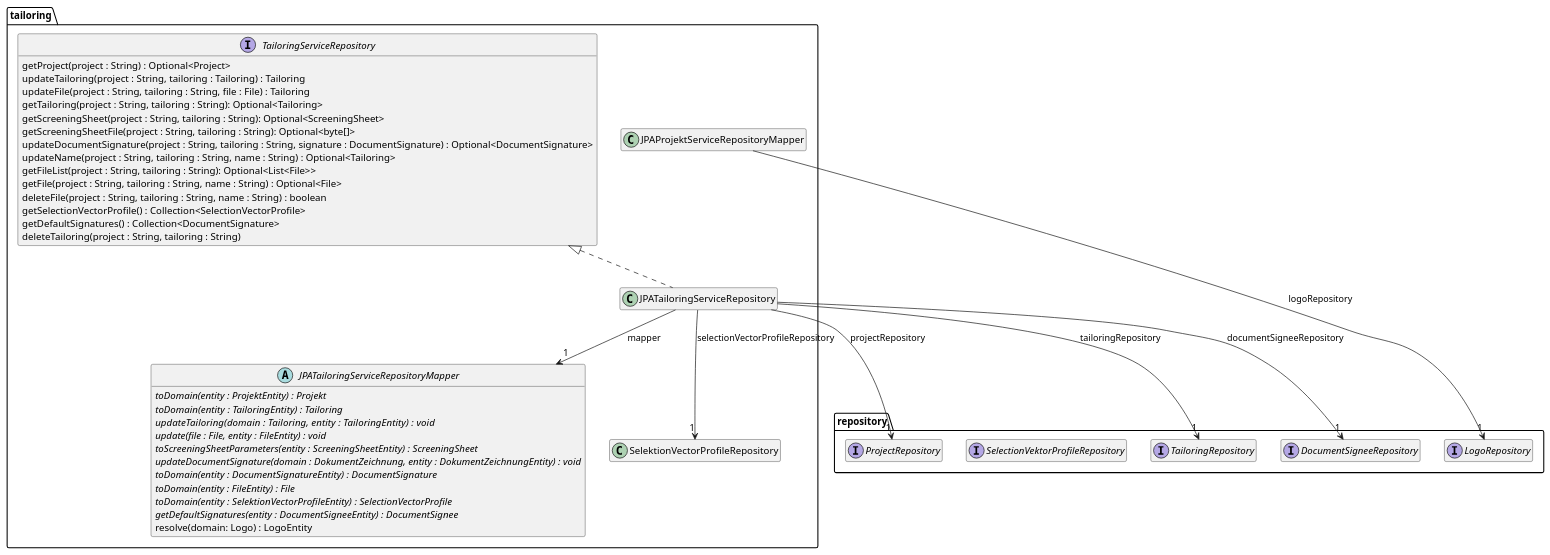
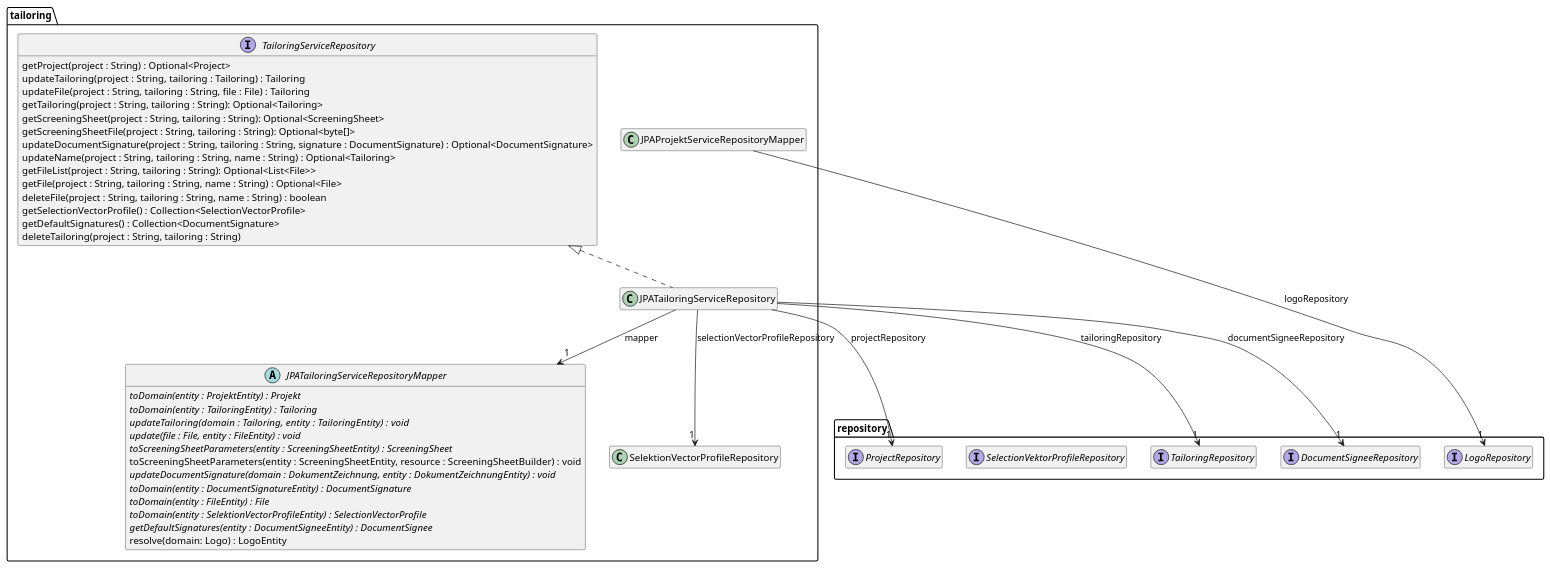
One commit to tailoringexpert/platform changed the diagram in src/site/arc42/plantuml/data-jpa/tailoring/Ebene3.plantuml. Above: the diagram before and after it, drawn with PlantUML. The commit also changed 29 other files, not shown here.

```diff
--- a/src/site/arc42/plantuml/data-jpa/tailoring/Ebene3.plantuml
+++ b/src/site/arc42/plantuml/data-jpa/tailoring/Ebene3.plantuml
@@ -1,57 +1,58 @@
 @startuml Ebene3.png
 hide empty members
 
 package repository {
     interface LogoRepository
     interface ProjectRepository
     interface TailoringRepository
     interface SelectionVektorProfileRepository
     interface DocumentSigneeRepository
 }
 
 package tailoring {
 
     interface TailoringServiceRepository {
         getProject(project : String) : Optional<Project>
         updateTailoring(project : String, tailoring : Tailoring) : Tailoring
         updateFile(project : String, tailoring : String, file : File) : Tailoring
         getTailoring(project : String, tailoring : String): Optional<Tailoring>
         getScreeningSheet(project : String, tailoring : String): Optional<ScreeningSheet>
         getScreeningSheetFile(project : String, tailoring : String): Optional<byte[]>
         updateDocumentSignature(project : String, tailoring : String, signature : DocumentSignature) : Optional<DocumentSignature>
         updateName(project : String, tailoring : String, name : String) : Optional<Tailoring>
         getFileList(project : String, tailoring : String): Optional<List<File>>
         getFile(project : String, tailoring : String, name : String) : Optional<File>
         deleteFile(project : String, tailoring : String, name : String) : boolean
         getSelectionVectorProfile() : Collection<SelectionVectorProfile>
         getDefaultSignatures() : Collection<DocumentSignature>
         deleteTailoring(project : String, tailoring : String)
     }
 
 
     abstract class JPATailoringServiceRepositoryMapper {
         {abstract} toDomain(entity : ProjektEntity) : Projekt
         {abstract} toDomain(entity : TailoringEntity) : Tailoring
         {abstract} updateTailoring(domain : Tailoring,  entity : TailoringEntity) : void
         {abstract} update(file : File, entity : FileEntity) : void
         {abstract} toScreeningSheetParameters(entity : ScreeningSheetEntity) : ScreeningSheet
+        toScreeningSheetParameters(entity : ScreeningSheetEntity, resource : ScreeningSheetBuilder) : void
         {abstract} updateDocumentSignature(domain : DokumentZeichnung, entity : DokumentZeichnungEntity) : void
         {abstract} toDomain(entity : DocumentSignatureEntity) : DocumentSignature
         {abstract} toDomain(entity : FileEntity) : File
         {abstract} toDomain(entity : SelektionVectorProfileEntity) : SelectionVectorProfile
         {abstract} getDefaultSignatures(entity : DocumentSigneeEntity) : DocumentSignee
         resolve(domain: Logo) : LogoEntity
     }
     JPAProjektServiceRepositoryMapper -->  "1" LogoRepository : logoRepository
 
     class JPATailoringServiceRepository {
     }
     TailoringServiceRepository <|.. JPATailoringServiceRepository
     JPATailoringServiceRepository --> "1" JPATailoringServiceRepositoryMapper : mapper
     JPATailoringServiceRepository --> "1" ProjectRepository : projectRepository
     JPATailoringServiceRepository --> "1" TailoringRepository : tailoringRepository
     JPATailoringServiceRepository --> "1" SelektionVectorProfileRepository : selectionVectorProfileRepository
     JPATailoringServiceRepository --> "1" DocumentSigneeRepository : documentSigneeRepository
 
 }
 @enduml
```
